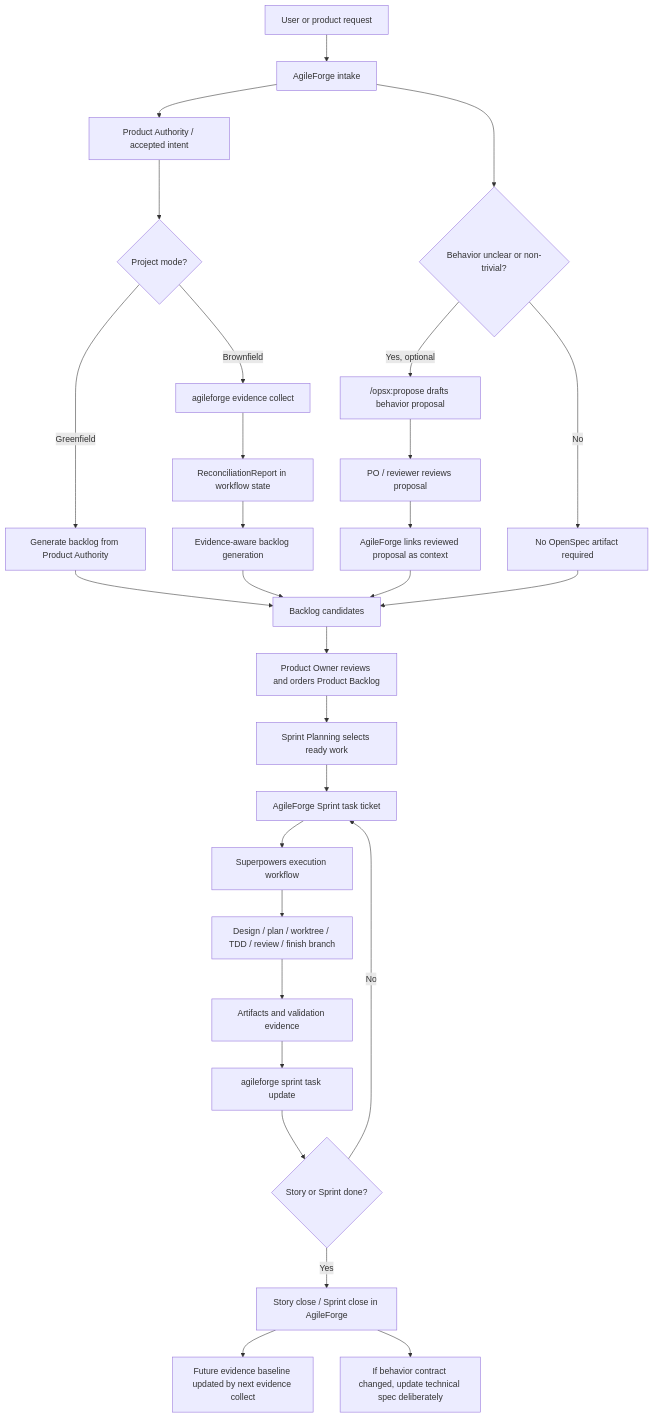
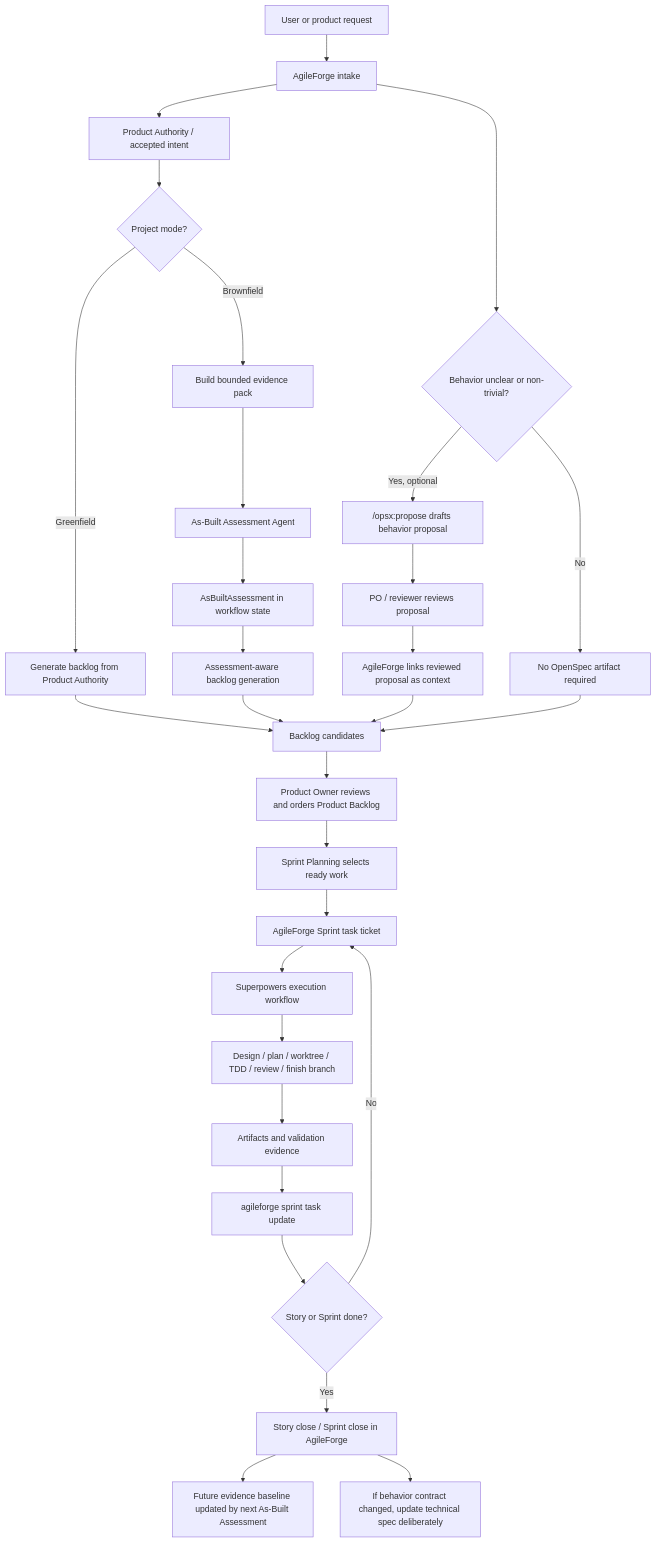
The diagram in docs/superpowers/specs/openspec-agileforge-workflow-scheme.md (arduinitavares/agileforge), drawn with Mermaid before and after one commit. The commit also changed other lines of this file, not shown here.

Commit message:
docs: align workflow scheme with as-built assessment

````diff
--- a/docs/superpowers/specs/openspec-agileforge-workflow-scheme.md
+++ b/docs/superpowers/specs/openspec-agileforge-workflow-scheme.md
@@ -18,35 +18,36 @@
 ```mermaid
 flowchart TD
     A["User or product request"] --> B["AgileForge intake"]
     B --> C["Product Authority / accepted intent"]
     B --> D{"Behavior unclear or non-trivial?"}
 
     D -->|"Yes, optional"| E["/opsx:propose drafts behavior proposal"]
     E --> F["PO / reviewer reviews proposal"]
     F --> G["AgileForge links reviewed proposal as context"]
     D -->|"No"| H["No OpenSpec artifact required"]
 
     C --> I{"Project mode?"}
     I -->|"Greenfield"| J["Generate backlog from Product Authority"]
-    I -->|"Brownfield"| K["agileforge evidence collect"]
-    K --> L["ReconciliationReport in workflow state"]
-    L --> M["Evidence-aware backlog generation"]
+    I -->|"Brownfield"| K["Build bounded evidence pack"]
+    K --> L["As-Built Assessment Agent"]
+    L --> M["AsBuiltAssessment in workflow state"]
+    M --> Z["Assessment-aware backlog generation"]
     J --> N["Backlog candidates"]
-    M --> N
+    Z --> N
     G --> N
     H --> N
 
     N --> O["Product Owner reviews and orders Product Backlog"]
     O --> P["Sprint Planning selects ready work"]
     P --> Q["AgileForge Sprint task ticket"]
 
     Q --> R["Superpowers execution workflow"]
     R --> S["Design / plan / worktree / TDD / review / finish branch"]
     S --> T["Artifacts and validation evidence"]
     T --> U["agileforge sprint task update"]
     U --> V{"Story or Sprint done?"}
     V -->|"No"| Q
     V -->|"Yes"| W["Story close / Sprint close in AgileForge"]
-    W --> X["Future evidence baseline updated by next evidence collect"]
+    W --> X["Future evidence baseline updated by next As-Built Assessment"]
     W --> Y["If behavior contract changed, update technical spec deliberately"]
 ```
````
